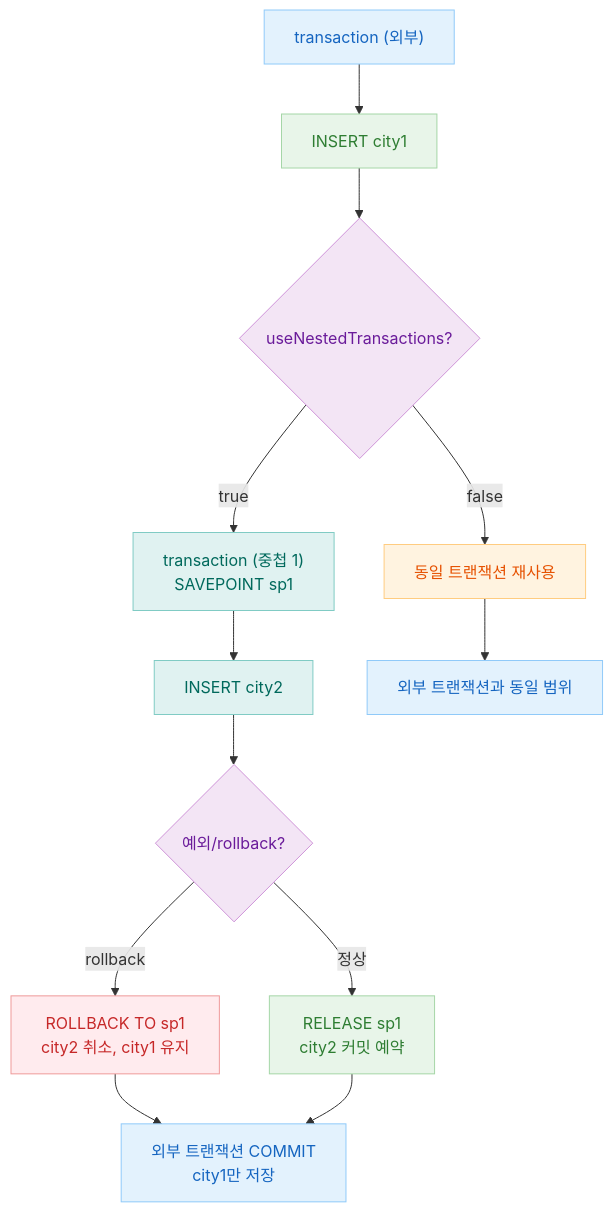
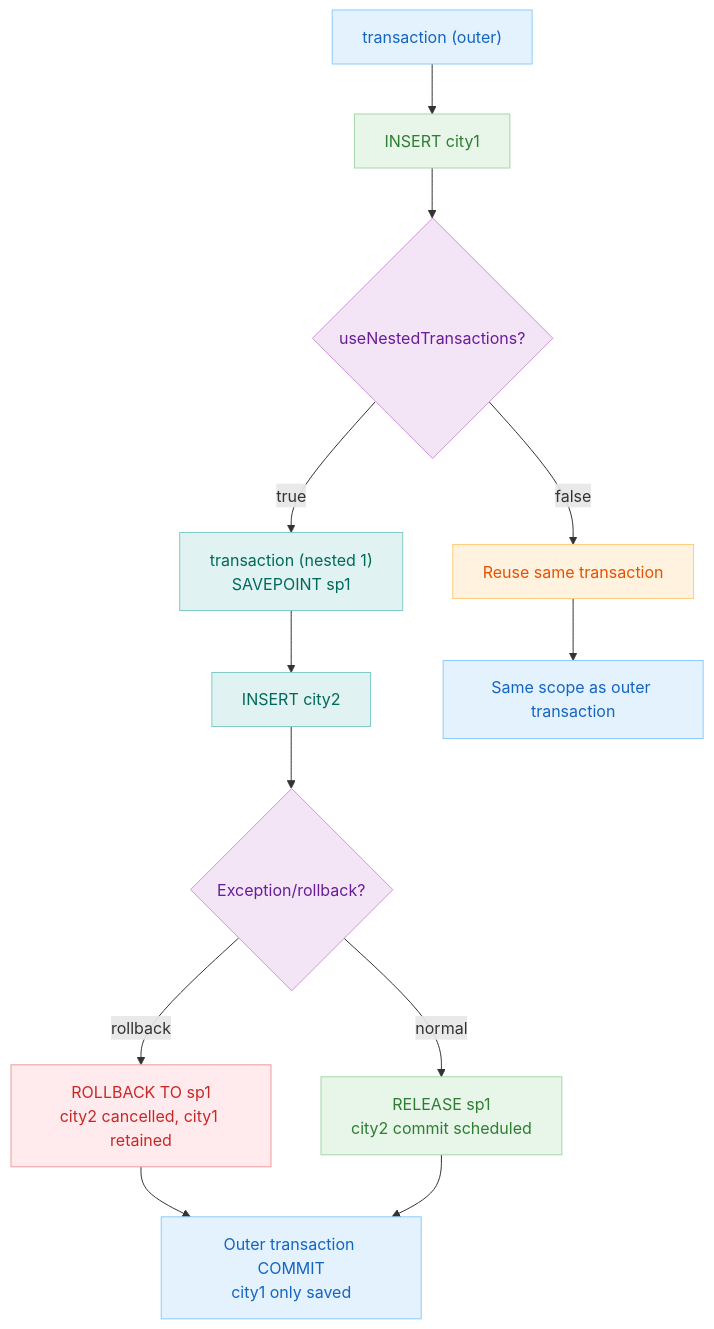
Before and after one commit to bluetape4k/exposed-workshop: the first of 2 diagrams in 05-exposed-dml/04-transactions/README.md, drawn with Mermaid. The commit also changed other lines of this file and 115 other files, not shown here.

````diff
--- a/05-exposed-dml/04-transactions/README.md
+++ b/05-exposed-dml/04-transactions/README.md
@@ -95,31 +97,31 @@
 ```mermaid
 flowchart TD
-    A["transaction (외부)"] --> B["INSERT city1"]
+    A["transaction (outer)"] --> B["INSERT city1"]
     B --> C{"useNestedTransactions?"}
-    C -->|true| D["transaction (중첩 1)\nSAVEPOINT sp1"]
-    C -->|false| E["동일 트랜잭션 재사용"]
+    C -->|true| D["transaction (nested 1)\nSAVEPOINT sp1"]
+    C -->|false| E["Reuse same transaction"]
     D --> F["INSERT city2"]
-    F --> G{예외/rollback?}
-    G -->|rollback| H["ROLLBACK TO sp1\ncity2 취소, city1 유지"]
-    G -->|정상| I["RELEASE sp1\ncity2 커밋 예약"]
-    H --> J["외부 트랜잭션 COMMIT\ncity1만 저장"]
+    F --> G{Exception/rollback?}
+    G -->|rollback| H["ROLLBACK TO sp1\ncity2 cancelled, city1 retained"]
+    G -->|normal| I["RELEASE sp1\ncity2 commit scheduled"]
+    H --> J["Outer transaction COMMIT\ncity1 only saved"]
     I --> J
-    E --> K["외부 트랜잭션과 동일 범위"]
+    E --> K["Same scope as outer transaction"]
 
     classDef blue fill:#E3F2FD,stroke:#90CAF9,color:#1565C0
     classDef green fill:#E8F5E9,stroke:#A5D6A7,color:#2E7D32
     classDef purple fill:#F3E5F5,stroke:#CE93D8,color:#6A1B9A
     classDef orange fill:#FFF3E0,stroke:#FFCC80,color:#E65100
     classDef red fill:#FFEBEE,stroke:#EF9A9A,color:#C62828
     classDef teal fill:#E0F2F1,stroke:#80CBC4,color:#00695C
 
     class A blue
     class B green
     class C purple
     class D,F teal
     class E orange
     class G purple
     class H red
     class I green
     class J,K blue
 ```
````
